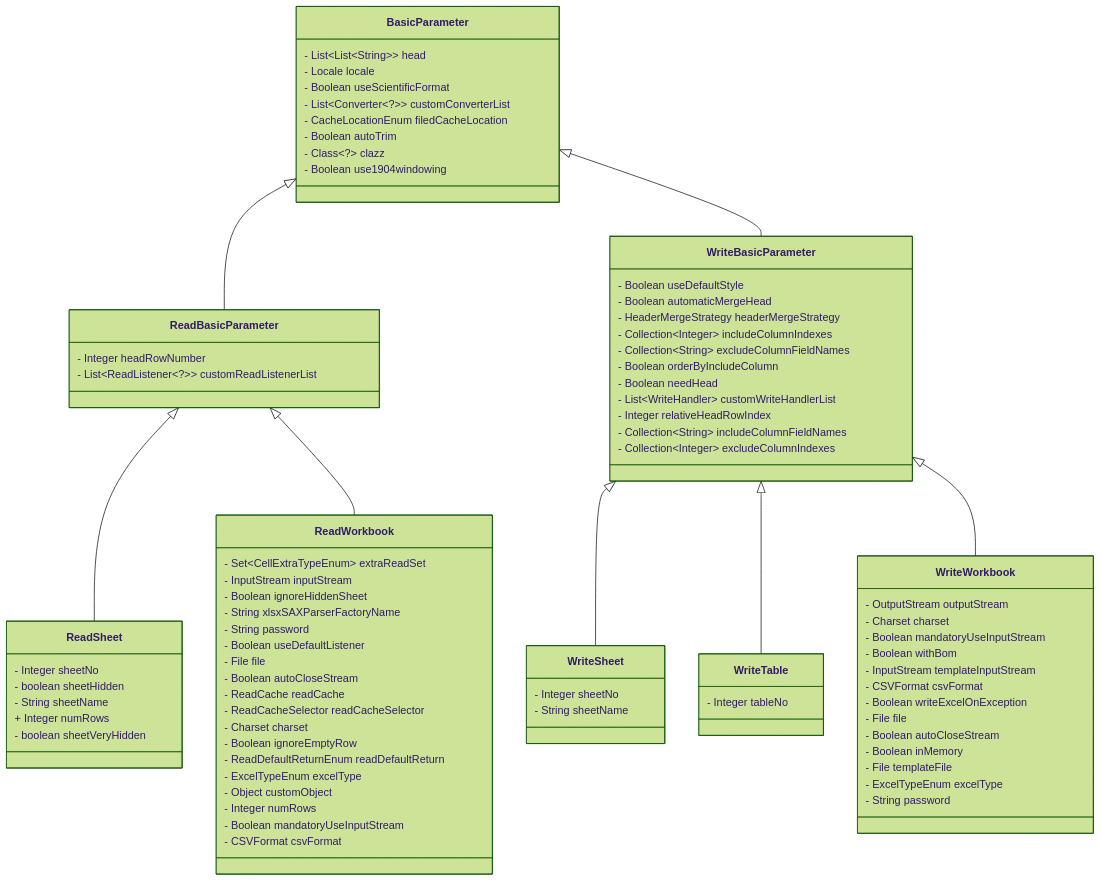
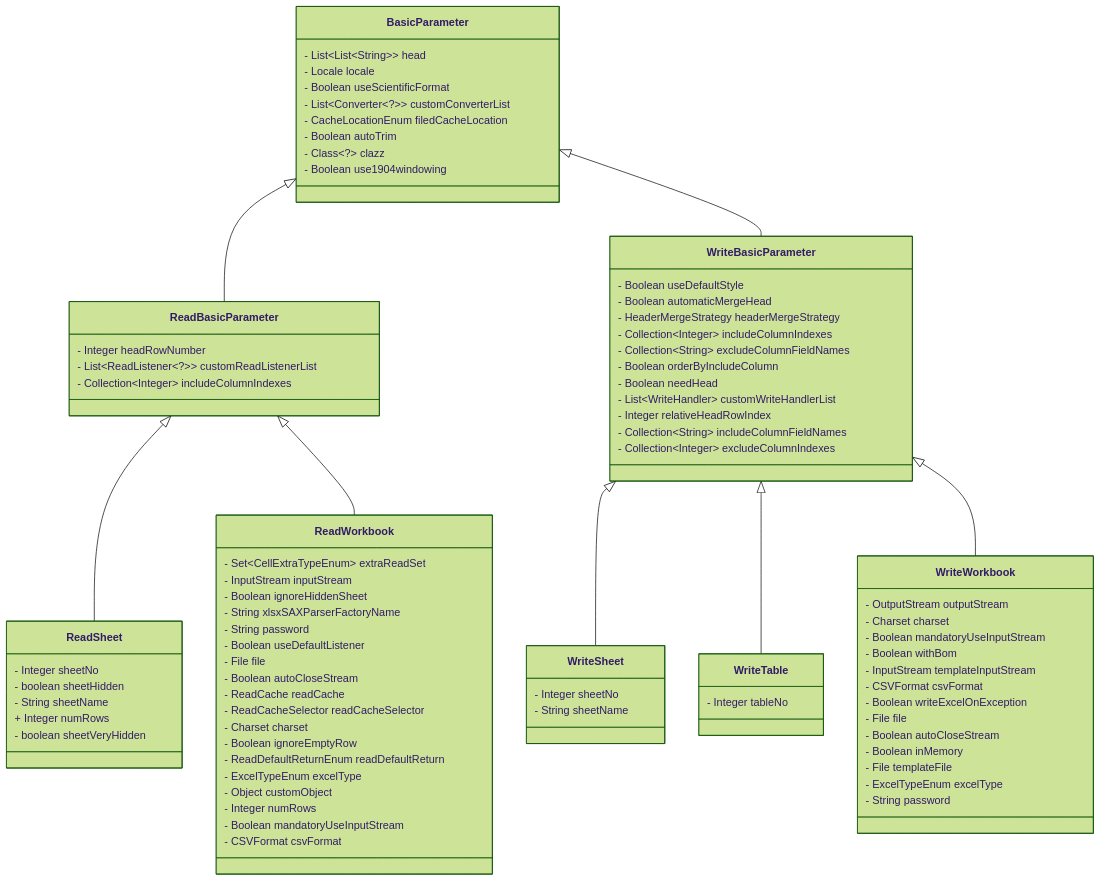
Before and after one commit to apache/fesod: the diagram in website/i18n/zh-cn/docusaurus-plugin-content-docs/current/sheet/help/parameter.md, drawn with Mermaid (forest theme). The commit also changed other lines of this file and 3 other files, not shown here.

```diff
--- a/website/i18n/zh-cn/docusaurus-plugin-content-docs/current/sheet/help/parameter.md
+++ b/website/i18n/zh-cn/docusaurus-plugin-content-docs/current/sheet/help/parameter.md
@@ -25,6 +25,7 @@
 class ReadBasicParameter {
   - Integer headRowNumber
   - List~ReadListener~?~~ customReadListenerList
+  - Collection~Integer~ includeColumnIndexes
 }
 class ReadSheet {
   - Integer sheetNo
```
